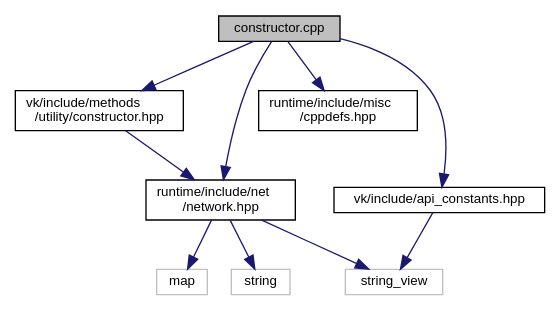
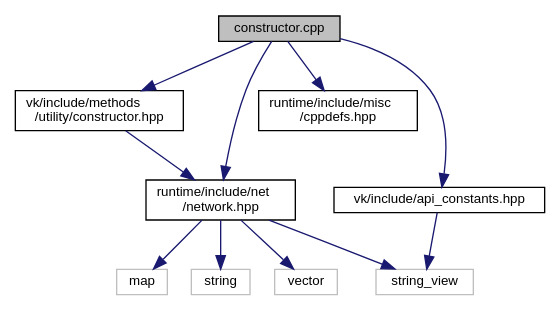
One commit to edgjj/cpp_vk_lib changed the diagram in docs/constructor_8cpp__incl.dot. Above: the diagram before and after it, drawn with Graphviz. The commit also changed 63 other files, not shown here.

```diff
--- a/docs/constructor_8cpp__incl.dot
+++ b/docs/constructor_8cpp__incl.dot
@@ -1,23 +1,25 @@
 digraph "constructor.cpp"
 {
  // LATEX_PDF_SIZE
   edge [fontname="Helvetica",fontsize="10",labelfontname="Helvetica",labelfontsize="10"];
   node [fontname="Helvetica",fontsize="10",shape=record];
   Node1 [label="constructor.cpp",height=0.2,width=0.4,color="black", fillcolor="grey75", style="filled", fontcolor="black",tooltip=" "];
   Node1 -> Node2 [color="midnightblue",fontsize="10",style="solid",fontname="Helvetica"];
   Node2 [label="vk/include/methods\l/utility/constructor.hpp",height=0.2,width=0.4,color="black", fillcolor="white", style="filled",URL="$constructor_8hpp.html",tooltip=" "];
   Node2 -> Node3 [color="midnightblue",fontsize="10",style="solid",fontname="Helvetica"];
   Node3 [label="runtime/include/net\l/network.hpp",height=0.2,width=0.4,color="black", fillcolor="white", style="filled",URL="$network_8hpp.html",tooltip=" "];
   Node3 -> Node4 [color="midnightblue",fontsize="10",style="solid",fontname="Helvetica"];
   Node4 [label="map",height=0.2,width=0.4,color="grey75", fillcolor="white", style="filled",tooltip=" "];
   Node3 -> Node5 [color="midnightblue",fontsize="10",style="solid",fontname="Helvetica"];
   Node5 [label="string",height=0.2,width=0.4,color="grey75", fillcolor="white", style="filled",tooltip=" "];
   Node3 -> Node6 [color="midnightblue",fontsize="10",style="solid",fontname="Helvetica"];
   Node6 [label="string_view",height=0.2,width=0.4,color="grey75", fillcolor="white", style="filled",tooltip=" "];
-  Node1 -> Node7 [color="midnightblue",fontsize="10",style="solid",fontname="Helvetica"];
-  Node7 [label="runtime/include/misc\l/cppdefs.hpp",height=0.2,width=0.4,color="black", fillcolor="white", style="filled",URL="$cppdefs_8hpp.html",tooltip=" "];
+  Node3 -> Node7 [color="midnightblue",fontsize="10",style="solid",fontname="Helvetica"];
+  Node7 [label="vector",height=0.2,width=0.4,color="grey75", fillcolor="white", style="filled",tooltip=" "];
+  Node1 -> Node8 [color="midnightblue",fontsize="10",style="solid",fontname="Helvetica"];
+  Node8 [label="runtime/include/misc\l/cppdefs.hpp",height=0.2,width=0.4,color="black", fillcolor="white", style="filled",URL="$cppdefs_8hpp.html",tooltip=" "];
   Node1 -> Node3 [color="midnightblue",fontsize="10",style="solid",fontname="Helvetica"];
-  Node1 -> Node8 [color="midnightblue",fontsize="10",style="solid",fontname="Helvetica"];
-  Node8 [label="vk/include/api_constants.hpp",height=0.2,width=0.4,color="black", fillcolor="white", style="filled",URL="$api__constants_8hpp.html",tooltip=" "];
-  Node8 -> Node6 [color="midnightblue",fontsize="10",style="solid",fontname="Helvetica"];
+  Node1 -> Node9 [color="midnightblue",fontsize="10",style="solid",fontname="Helvetica"];
+  Node9 [label="vk/include/api_constants.hpp",height=0.2,width=0.4,color="black", fillcolor="white", style="filled",URL="$api__constants_8hpp.html",tooltip=" "];
+  Node9 -> Node6 [color="midnightblue",fontsize="10",style="solid",fontname="Helvetica"];
 }
```
